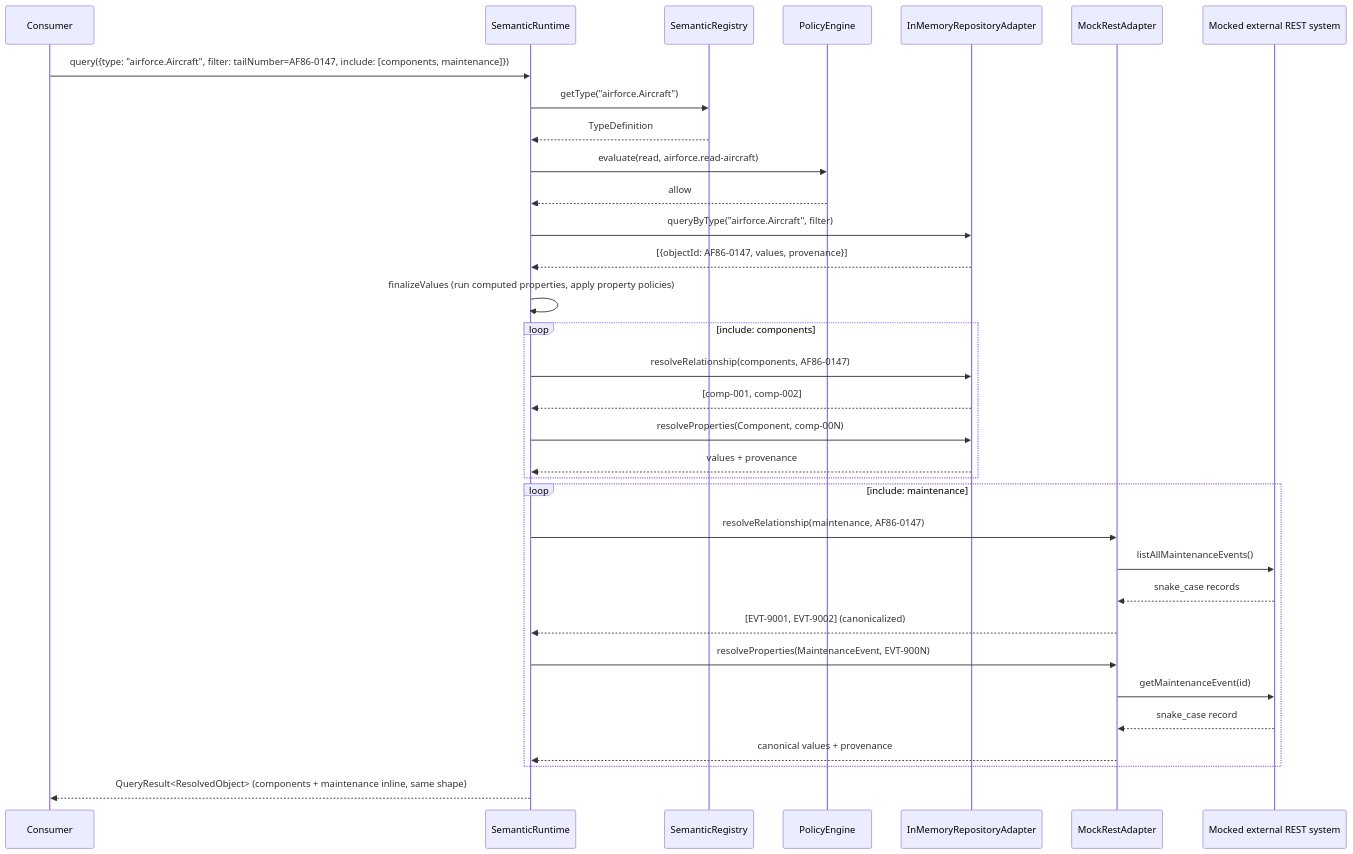
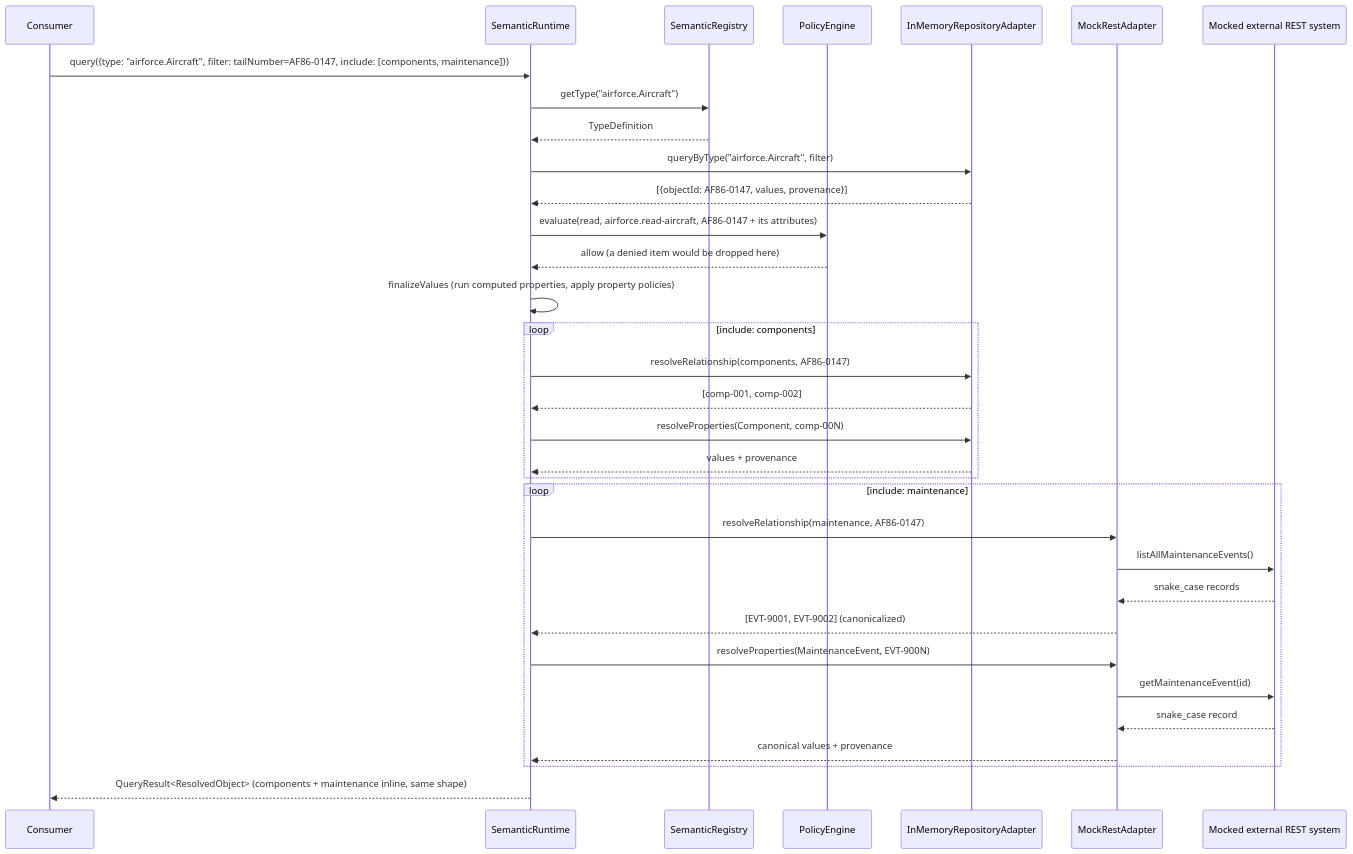
One commit to marlinspike/TypeSystem changed the fifth of 6 diagrams in docs/architecture.md. Above: the diagram before and after it, drawn with Mermaid. The commit also changed other lines of this file and 24 other files, not shown here.

````diff
--- a/docs/architecture.md
+++ b/docs/architecture.md
@@ -354,36 +360,36 @@
 ```mermaid
 sequenceDiagram
     participant C as Consumer
     participant RT as SemanticRuntime
     participant REG as SemanticRegistry
     participant PE as PolicyEngine
     participant INMEM as InMemoryRepositoryAdapter
     participant REST as MockRestAdapter
     participant EXT as Mocked external REST system
 
     C->>RT: query({type: "airforce.Aircraft", filter: tailNumber=AF86-0147, include: [components, maintenance]})
     RT->>REG: getType("airforce.Aircraft")
     REG-->>RT: TypeDefinition
-    RT->>PE: evaluate(read, airforce.read-aircraft)
-    PE-->>RT: allow
     RT->>INMEM: queryByType("airforce.Aircraft", filter)
     INMEM-->>RT: [{objectId: AF86-0147, values, provenance}]
+    RT->>PE: evaluate(read, airforce.read-aircraft, AF86-0147 + its attributes)
+    PE-->>RT: allow (a denied item would be dropped here)
     RT->>RT: finalizeValues (run computed properties, apply property policies)
     loop include: components
         RT->>INMEM: resolveRelationship(components, AF86-0147)
         INMEM-->>RT: [comp-001, comp-002]
         RT->>INMEM: resolveProperties(Component, comp-00N)
         INMEM-->>RT: values + provenance
     end
     loop include: maintenance
         RT->>REST: resolveRelationship(maintenance, AF86-0147)
         REST->>EXT: listAllMaintenanceEvents()
         EXT-->>REST: snake_case records
         REST-->>RT: [EVT-9001, EVT-9002] (canonicalized)
         RT->>REST: resolveProperties(MaintenanceEvent, EVT-900N)
         REST->>EXT: getMaintenanceEvent(id)
         EXT-->>REST: snake_case record
         REST-->>RT: canonical values + provenance
     end
     RT-->>C: QueryResult<ResolvedObject> (components + maintenance inline, same shape)
 ```
````
